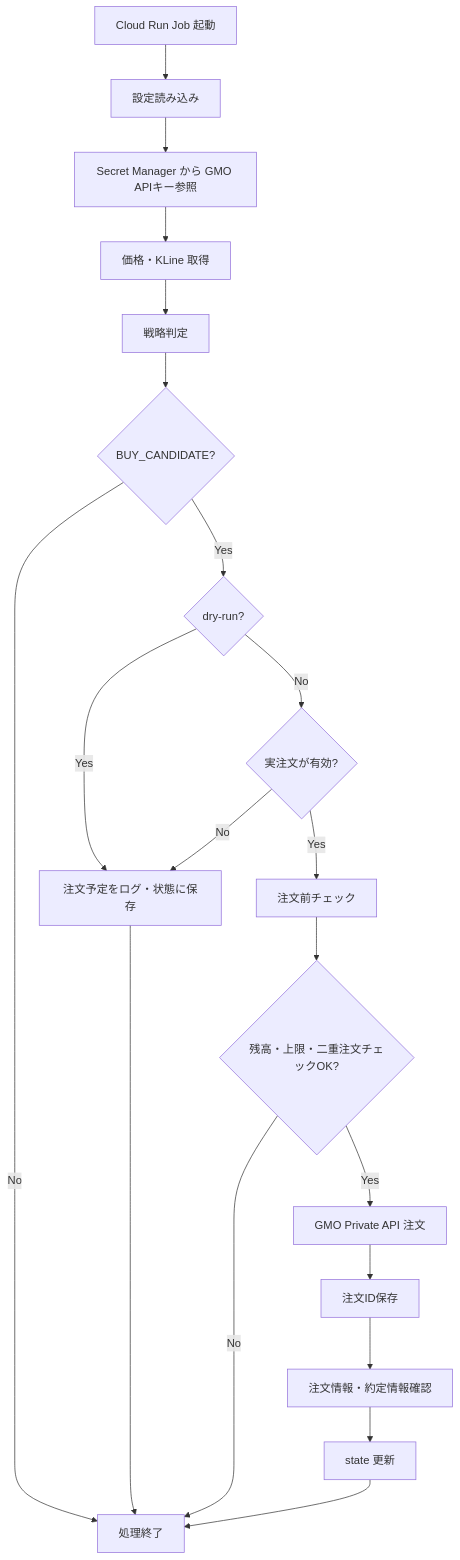
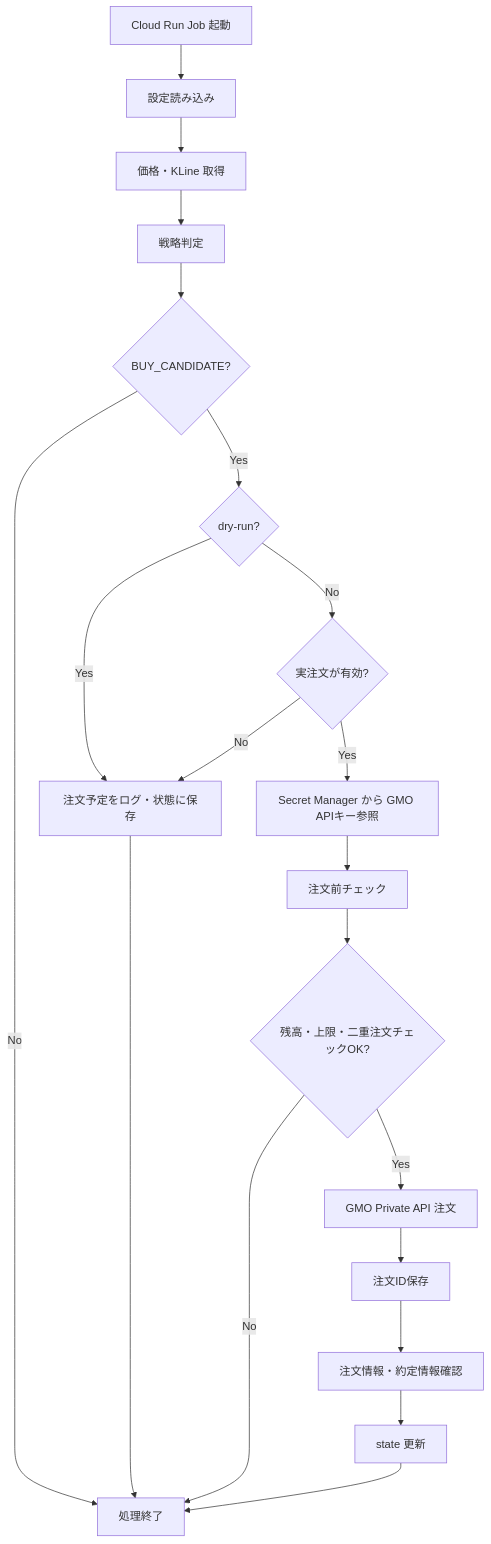
The first of 2 diagrams in docs/architecture/real-trading-gmo-order-design.md (ht-0328/crypto-autotrading-lab), drawn with Mermaid before and after one commit. The commit also changed other lines of this file, not shown here.

````diff
--- a/docs/architecture/real-trading-gmo-order-design.md
+++ b/docs/architecture/real-trading-gmo-order-design.md
@@ -52,27 +109,28 @@
 ```mermaid
 flowchart TD
     A[Cloud Run Job 起動] --> B[設定読み込み]
-    B --> C[Secret Manager から GMO APIキー参照]
-    C --> D[価格・KLine 取得]
-    D --> E[戦略判定]
-    E --> F{BUY_CANDIDATE?}
+    B --> C[価格・KLine 取得]
+    C --> D[戦略判定]
+    D --> E{BUY_CANDIDATE?}
 
-    F -- No --> Z[処理終了]
-    F -- Yes --> G{dry-run?}
+    E -- No --> Z[処理終了]
+    E -- Yes --> F{dry-run?}
 
-    G -- Yes --> H[注文予定をログ・状態に保存]
-    H --> Z
+    F -- Yes --> G[注文予定をログ・状態に保存]
+    G --> Z
 
-    G -- No --> I{実注文が有効?}
-    I -- No --> H
-    I -- Yes --> J[注文前チェック]
+    F -- No --> H{実注文が有効?}
+    H -- No --> G
+    H -- Yes --> I[Secret Manager から GMO APIキー参照]
+
+    I --> J[注文前チェック]
 
     J --> K{残高・上限・二重注文チェックOK?}
     K -- No --> Z
     K -- Yes --> L[GMO Private API 注文]
 
     L --> M[注文ID保存]
     M --> N[注文情報・約定情報確認]
     N --> O[state 更新]
     O --> Z
 ```
````
